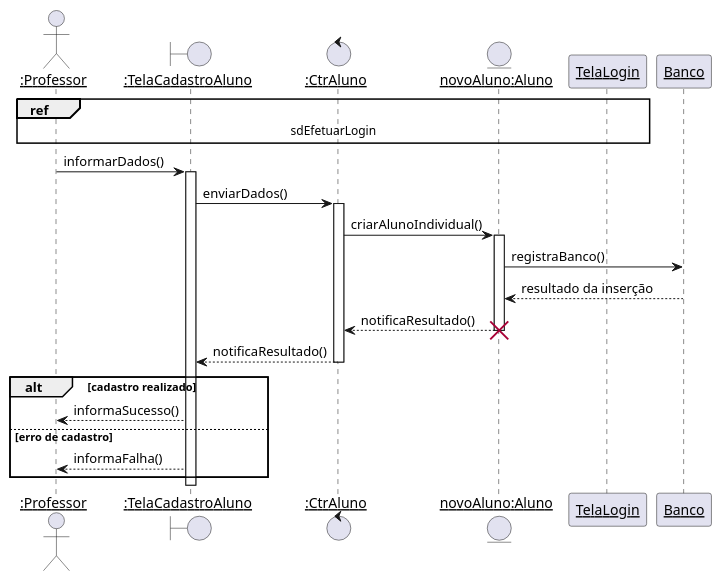
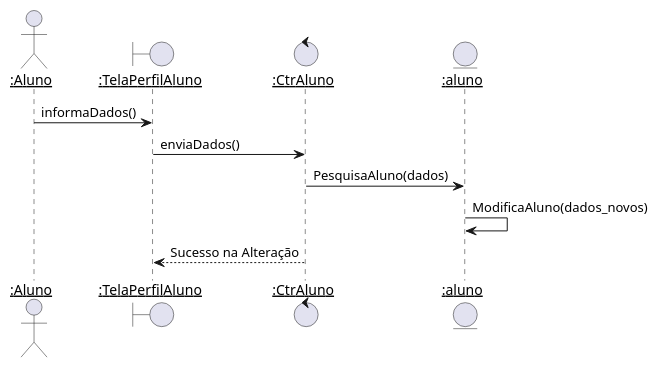
Before and after one commit to Pedro-V/projetorium: the diagram in diagramas/sequencia/alterar_aluno.puml, drawn with PlantUML. The commit also changed 1 other file, not shown here.

```diff
--- a/diagramas/sequencia/alterar_aluno.puml
+++ b/diagramas/sequencia/alterar_aluno.puml
@@ -1,25 +1,18 @@
-@startuml
+@startuml alterar_aluno
 skinparam sequenceParticipant underline
 
-actor ":Professor" as Professor
-boundary ":TelaCadastroAluno" as TelaCadastroAluno
+actor ":Aluno" as Aluno
+boundary ":TelaPerfilAluno" as TelaPerfilAluno
 control ":CtrAluno" as CtrAluno
-entity "novoAluno:Aluno" as novoAluno
+entity ":aluno" as aluno
 
-ref over Professor, TelaLogin : sdEfetuarLogin
 
-Professor -> TelaCadastroAluno ++: informarDados()
-TelaCadastroAluno -> CtrAluno ++: enviarDados()
-CtrAluno -> novoAluno ++: criarAlunoIndividual()
-novoAluno -> Banco : registraBanco()
-Banco --> novoAluno : resultado da inserção
-novoAluno --> CtrAluno --: notificaResultado()
-destroy novoAluno
-CtrAluno --> TelaCadastroAluno --: notificaResultado()
 
-alt cadastro realizado
-    TelaCadastroAluno --> Professor : informaSucesso()
-else erro de cadastro
-    TelaCadastroAluno --> Professor : informaFalha()
-end
+Aluno -> TelaPerfilAluno : informaDados()
+TelaPerfilAluno -> CtrAluno : enviaDados()
+CtrAluno -> aluno : PesquisaAluno(dados)
+aluno -> aluno : ModificaAluno(dados_novos)
+CtrAluno --> TelaPerfilAluno --: Sucesso na Alteração
+
+
 @enduml
```
